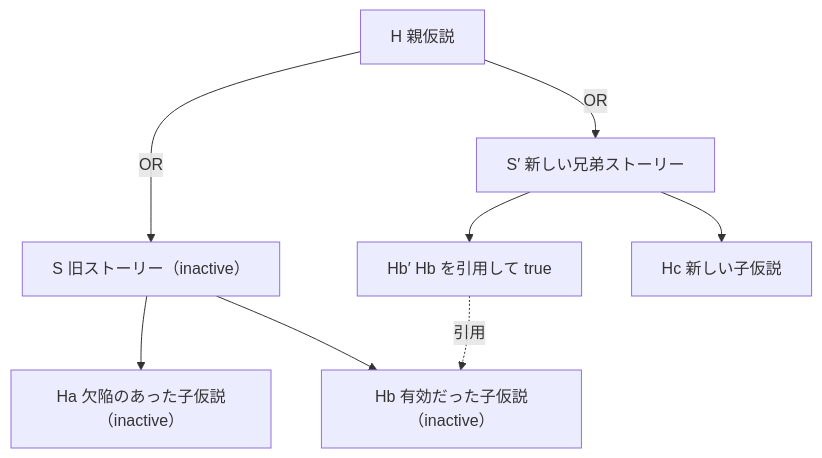
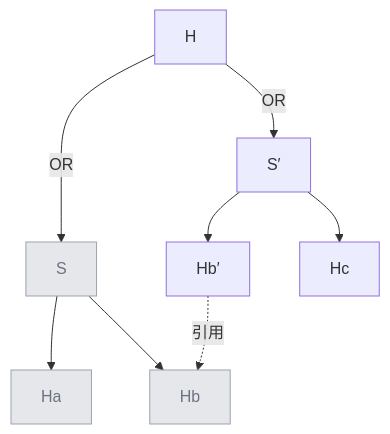
Before and after one commit to yamambainc/logiforge: the diagram in docs/tree/inactive.md, drawn with Mermaid. The commit also changed other lines of this file and 9 other files, not shown here.

First line of the commit message:
docs, design: mermaid の中に説明文を書かない規則を skill に足し、図を直した

````diff
--- a/docs/tree/inactive.md
+++ b/docs/tree/inactive.md
@@ -45,10 +45,12 @@
 ```mermaid
 graph TD
-  H["H 親仮説"] -->|OR| S["S 旧ストーリー（inactive）"]
-  H -->|OR| S2["S′ 新しい兄弟ストーリー"]
-  S --> Ha["Ha 欠陥のあった子仮説（inactive）"]
-  S --> Hb["Hb 有効だった子仮説（inactive）"]
-  S2 --> Hb2["Hb′ Hb を引用して true"]
-  S2 --> Hc["Hc 新しい子仮説"]
+  H["H"] -->|OR| S["S"]
+  H -->|OR| S2["S′"]
+  S --> Ha["Ha"]
+  S --> Hb["Hb"]
+  S2 --> Hb2["Hb′"]
+  S2 --> Hc["Hc"]
   Hb2 -. 引用 .-> Hb
+  classDef inactive fill:#e5e7eb,stroke:#9ca3af,color:#6b7280
+  class S,Ha,Hb inactive
 ```
````
